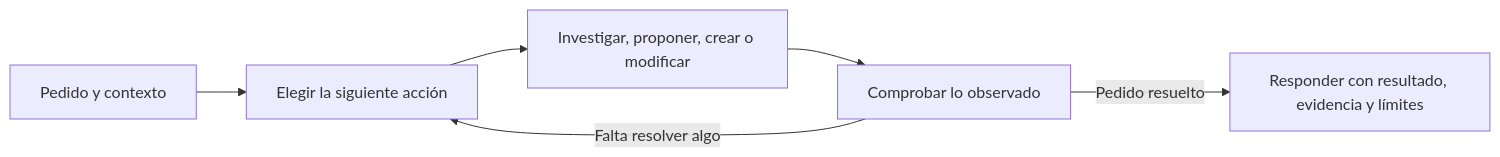
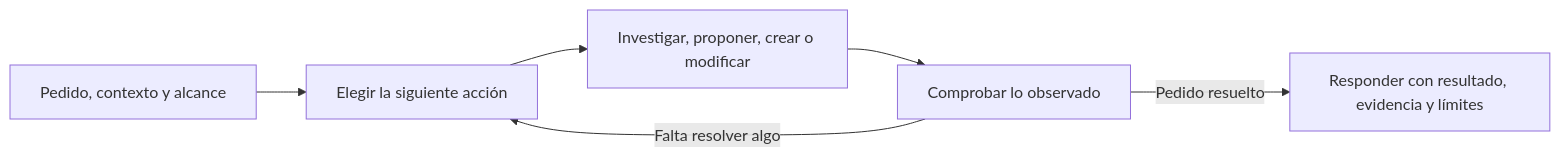
Before and after one commit to adrotech/lufy-ai: the first of 2 diagrams in README.md, drawn with Mermaid. The commit also changed other lines of this file and 2 other files, not shown here.

````diff
--- a/README.md
+++ b/README.md
@@ -11,8 +100,8 @@
 ```mermaid
 flowchart LR
-    A[Pedido y contexto] --> B[Elegir la siguiente acción]
-    B --> C[Investigar, proponer, crear o modificar]
-    C --> D[Comprobar lo observado]
+    A["Pedido, contexto y alcance"] --> B["Elegir la siguiente acción"]
+    B --> C["Investigar, proponer, crear o modificar"]
+    C --> D["Comprobar lo observado"]
     D -->|Falta resolver algo| B
-    D -->|Pedido resuelto| E[Responder con resultado, evidencia y límites]
+    D -->|Pedido resuelto| E["Responder con resultado, evidencia y límites"]
 ```
````
